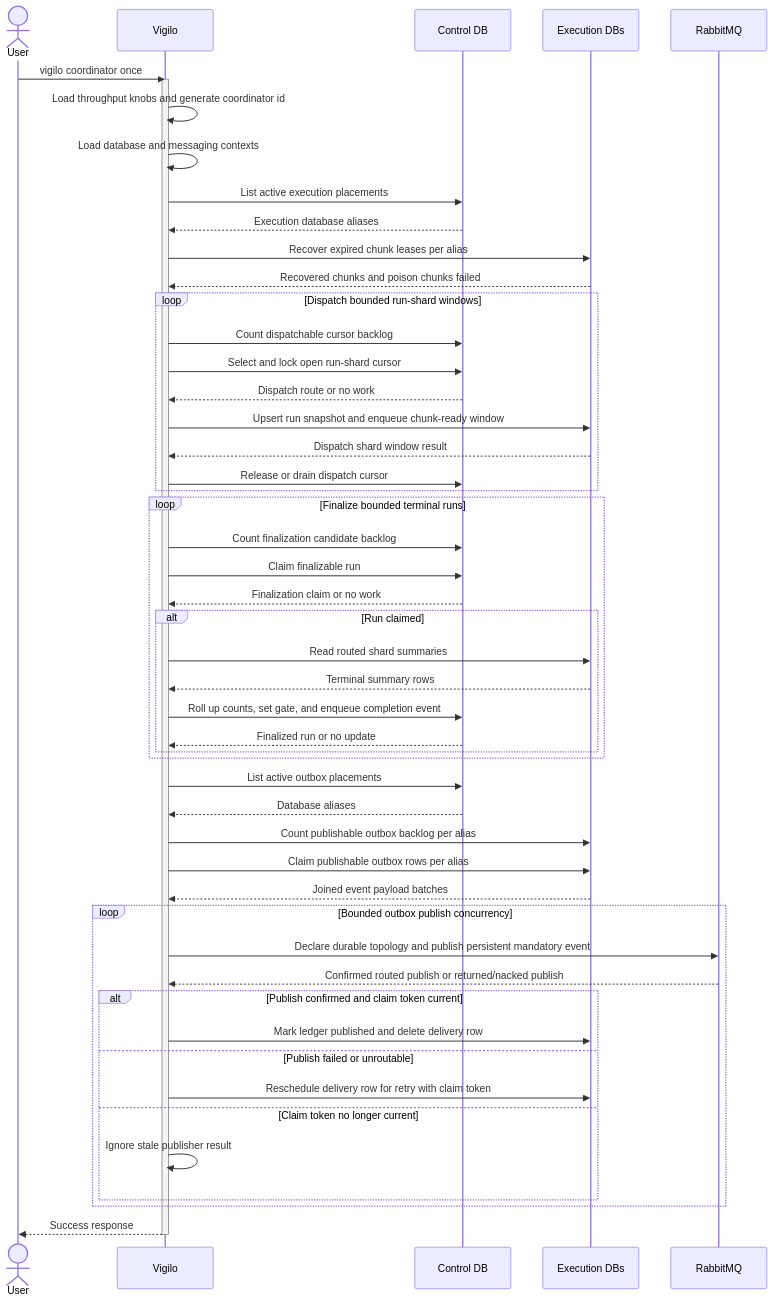
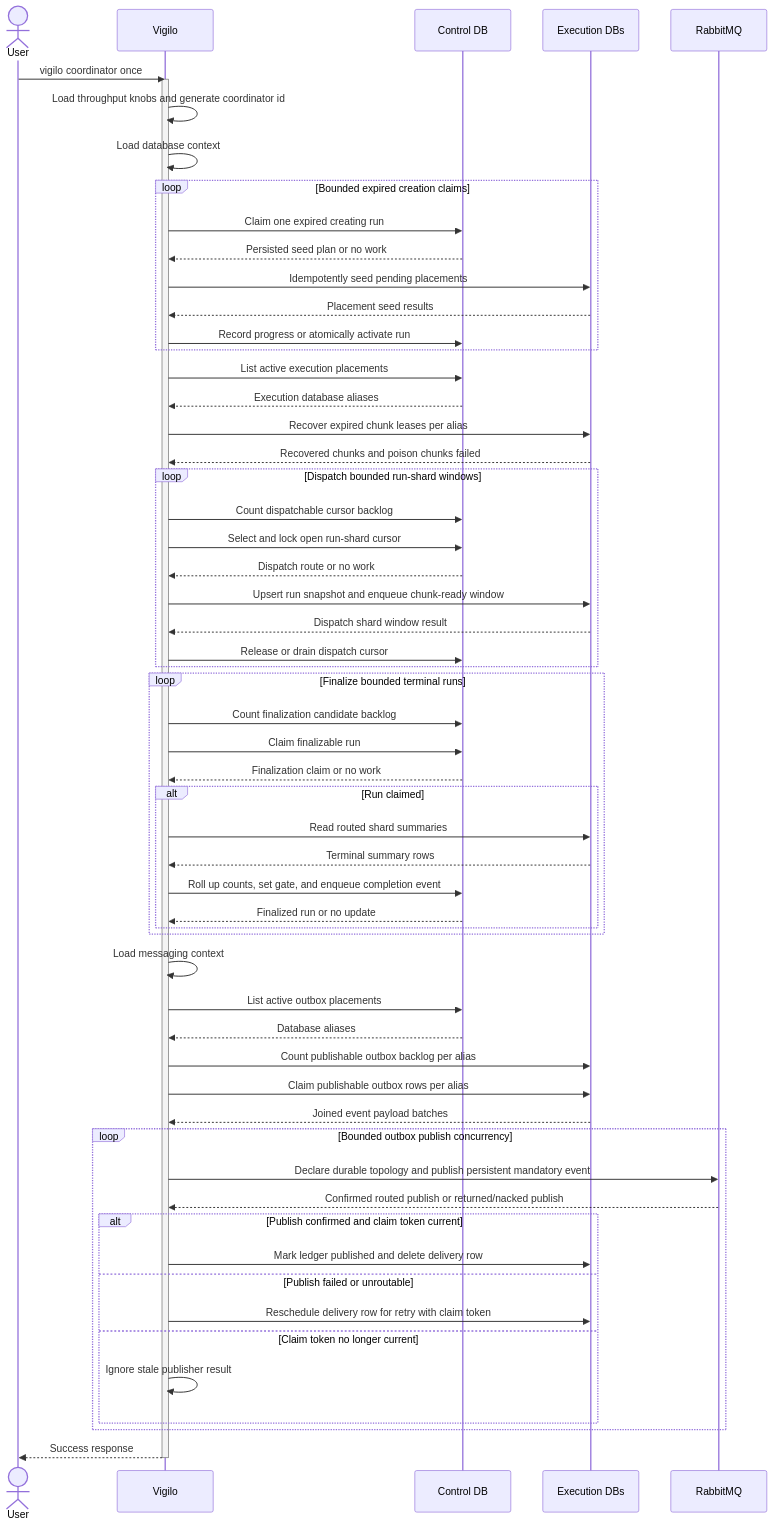
Before and after one commit to gregl83/agent-vigilo: the diagram in web/docs/architecture/flows/coordinator/once/execution-flow.mmd, drawn with Mermaid. The commit also changed 25 other files, not shown here.

Commit message:
update docs workflows for run creation step

```diff
--- a/web/docs/architecture/flows/coordinator/once/execution-flow.mmd
+++ b/web/docs/architecture/flows/coordinator/once/execution-flow.mmd
@@ -1,66 +1,75 @@
 ---
 config:
   flowchart:
     nodeSpacing: 150
     rankSpacing: 80
   themeVariables:
     edgeLabelBackground: 'transparent'
 ---
 sequenceDiagram
     actor User
     participant Vigilo
     participant ControlDB as Control DB
     participant ExecutionDB as Execution DBs
     participant Queue as RabbitMQ
 
     User->>Vigilo: vigilo coordinator once
     activate Vigilo
     Vigilo->>Vigilo: Load throughput knobs and generate coordinator id
-    Vigilo->>Vigilo: Load database and messaging contexts
+    Vigilo->>Vigilo: Load database context
+
+    loop Bounded expired creation claims
+        Vigilo->>ControlDB: Claim one expired creating run
+        ControlDB-->>Vigilo: Persisted seed plan or no work
+        Vigilo->>ExecutionDB: Idempotently seed pending placements
+        ExecutionDB-->>Vigilo: Placement seed results
+        Vigilo->>ControlDB: Record progress or atomically activate run
+    end
 
     Vigilo->>ControlDB: List active execution placements
     ControlDB-->>Vigilo: Execution database aliases
     Vigilo->>ExecutionDB: Recover expired chunk leases per alias
     ExecutionDB-->>Vigilo: Recovered chunks and poison chunks failed
 
     loop Dispatch bounded run-shard windows
         Vigilo->>ControlDB: Count dispatchable cursor backlog
         Vigilo->>ControlDB: Select and lock open run-shard cursor
         ControlDB-->>Vigilo: Dispatch route or no work
         Vigilo->>ExecutionDB: Upsert run snapshot and enqueue chunk-ready window
         ExecutionDB-->>Vigilo: Dispatch shard window result
         Vigilo->>ControlDB: Release or drain dispatch cursor
     end
 
     loop Finalize bounded terminal runs
         Vigilo->>ControlDB: Count finalization candidate backlog
         Vigilo->>ControlDB: Claim finalizable run
         ControlDB-->>Vigilo: Finalization claim or no work
         alt Run claimed
             Vigilo->>ExecutionDB: Read routed shard summaries
             ExecutionDB-->>Vigilo: Terminal summary rows
             Vigilo->>ControlDB: Roll up counts, set gate, and enqueue completion event
             ControlDB-->>Vigilo: Finalized run or no update
         end
     end
 
+    Vigilo->>Vigilo: Load messaging context
     Vigilo->>ControlDB: List active outbox placements
     ControlDB-->>Vigilo: Database aliases
     Vigilo->>ExecutionDB: Count publishable outbox backlog per alias
     Vigilo->>ExecutionDB: Claim publishable outbox rows per alias
     ExecutionDB-->>Vigilo: Joined event payload batches
 
     loop Bounded outbox publish concurrency
         Vigilo->>Queue: Declare durable topology and publish persistent mandatory event
         Queue-->>Vigilo: Confirmed routed publish or returned/nacked publish
         alt Publish confirmed and claim token current
             Vigilo->>ExecutionDB: Mark ledger published and delete delivery row
         else Publish failed or unroutable
             Vigilo->>ExecutionDB: Reschedule delivery row for retry with claim token
         else Claim token no longer current
             Vigilo->>Vigilo: Ignore stale publisher result
         end
     end
 
     Vigilo-->>User: Success response
     deactivate Vigilo
```
